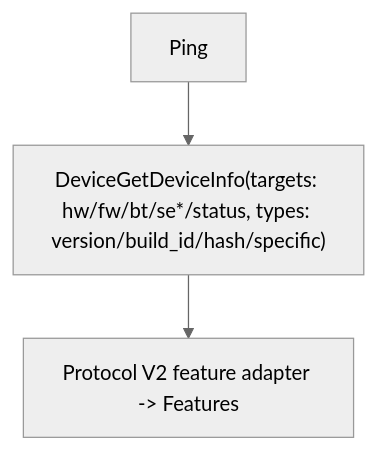
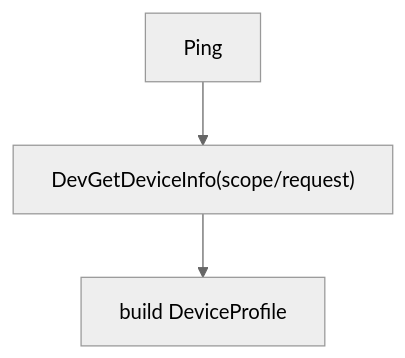
The fourth of 4 diagrams in docs/protocol-v2.md (OneKeyHQ/hardware-js-sdk), drawn with Mermaid (neutral theme) before and after one commit. The commit also changed other lines of this file and 49 other files, not shown here.

Commit message:
fix: standardize pro2 device profile api

````diff
--- a/docs/protocol-v2.md
+++ b/docs/protocol-v2.md
@@ -154,8 +154,8 @@
 ```mermaid
 flowchart TD
   Ping["Ping"]
-  DeviceInfo["DeviceGetDeviceInfo(targets: hw/fw/bt/se*/status, types: version/build_id/hash/specific)"]
-  Adapter["Protocol V2 feature adapter -> Features"]
+  DeviceInfo["DevGetDeviceInfo(scope/request)"]
+  Adapter["build DeviceProfile"]
 
   Ping --> DeviceInfo --> Adapter
 ```
````
